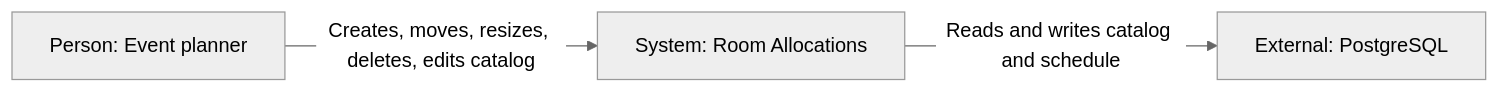
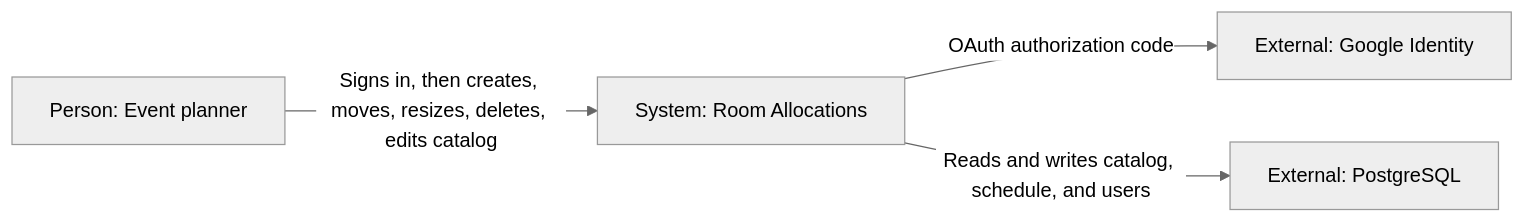
The diagram in docs/c4/context.md (tri2k/room-allocations-demo), drawn with Mermaid before and after one commit. The commit also changed other lines of this file and 29 other files, not shown here.

````diff
--- a/docs/c4/context.md
+++ b/docs/c4/context.md
@@ -5,9 +5,11 @@
 ```mermaid
 %%{init: {"theme": "neutral"}}%%
 flowchart LR
   planner["Person: Event planner"]
+  google["External: Google Identity"]
   app["System: Room Allocations"]
   postgres["External: PostgreSQL"]
-  planner -->|"Creates, moves, resizes, deletes, edits catalog"| app
-  app -->|"Reads and writes catalog and schedule"| postgres
+  planner -->|"Signs in, then creates, moves, resizes, deletes, edits catalog"| app
+  app -->|"OAuth authorization code"| google
+  app -->|"Reads and writes catalog, schedule, and users"| postgres
 ```
````
